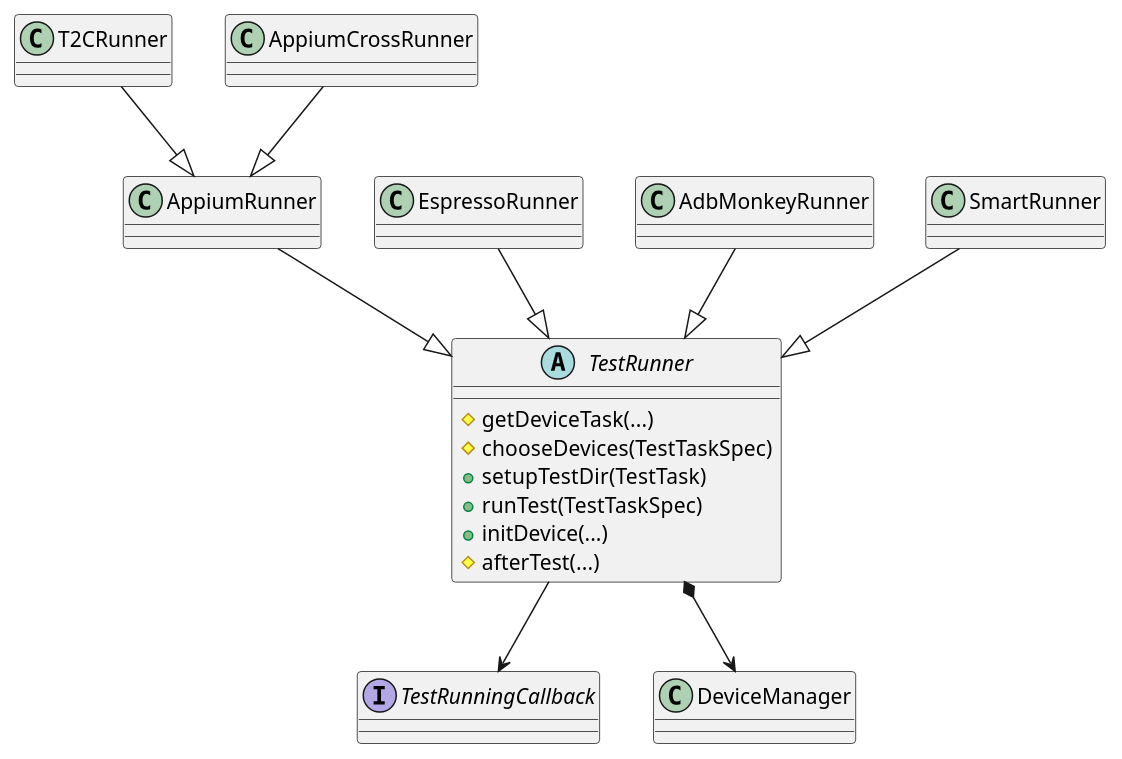
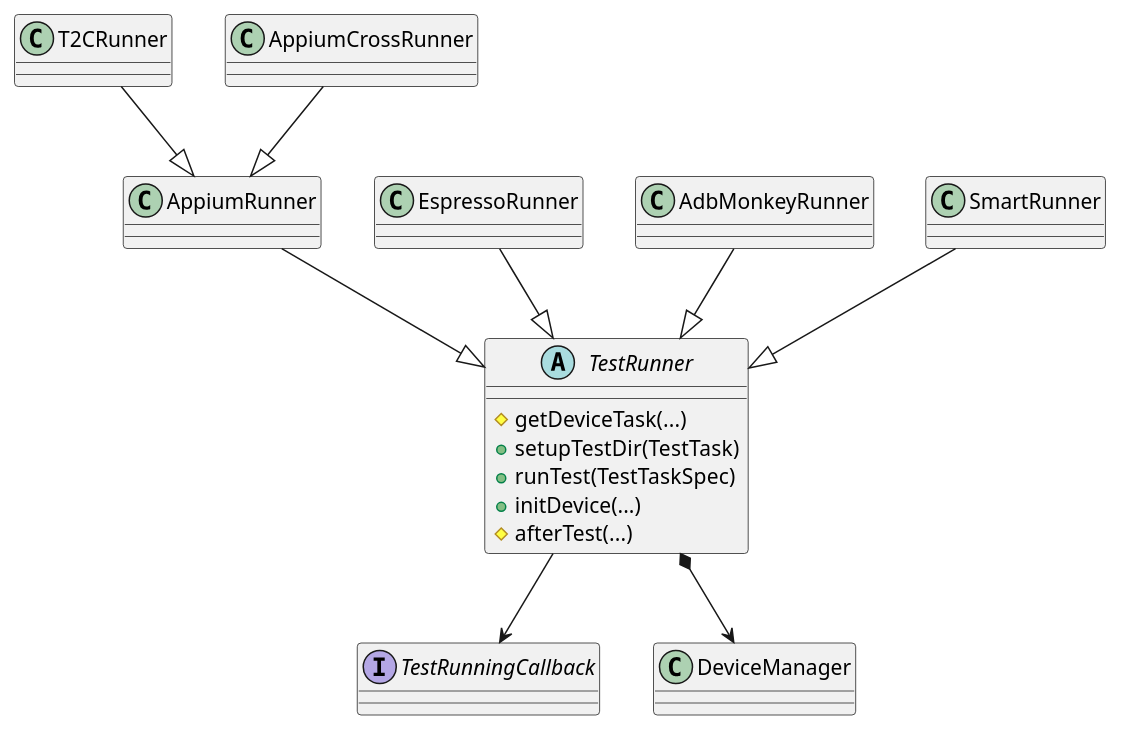
One commit to microsoft/HydraLab changed the first of 8 diagrams in agent/doc/UML/test_runner_design.puml. Above: the diagram before and after it, drawn with PlantUML. The commit also changed other lines of this file and 16 other files, not shown here.

```diff
--- a/agent/doc/UML/test_runner_design.puml
+++ b/agent/doc/UML/test_runner_design.puml
@@ -1,23 +1,22 @@
 @startuml test_runners_classes
 abstract class TestRunner {
     #getDeviceTask(...)
-    #chooseDevices(TestTaskSpec)
     +setupTestDir(TestTask)
     +runTest(TestTaskSpec)
     +initDevice(...)
     #afterTest(...)
 }
 interface TestRunningCallback
 
 AppiumRunner --|> TestRunner
 EspressoRunner --|> TestRunner
 AdbMonkeyRunner --|> TestRunner
 T2CRunner --|> AppiumRunner
 SmartRunner --|> TestRunner
 
 TestRunner --> TestRunningCallback
 
 TestRunner *--> DeviceManager
 
 AppiumCrossRunner --|> AppiumRunner
 @enduml
```
